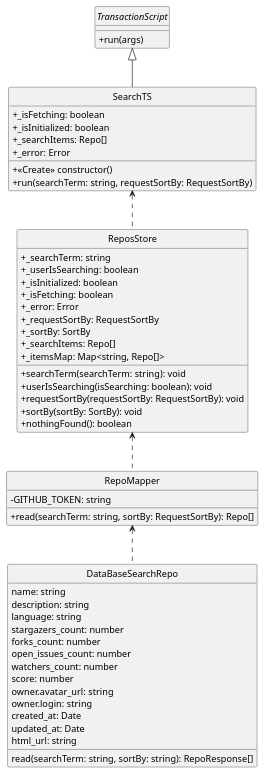
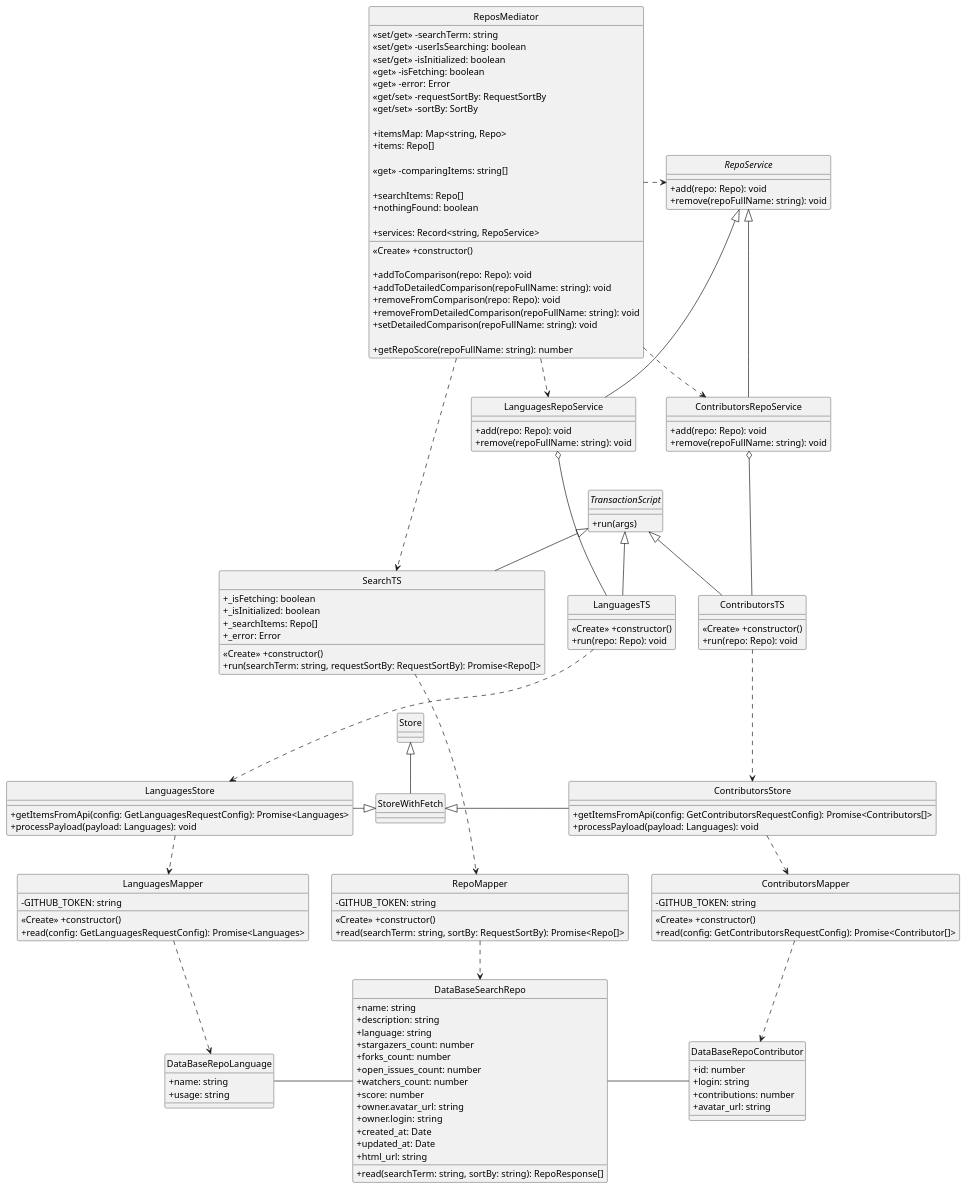
Before and after one commit to RepoAnalyzer/repolier-frontend: the diagram in docs/Classes_diagram.puml, drawn with PlantUML. The commit also changed 1 other file, not shown here.

Commit message:
docs: added stores and services to classes diagram

```diff
--- a/docs/Classes_diagram.puml
+++ b/docs/Classes_diagram.puml
@@ -1,83 +1,186 @@
 @startuml
     ' Don't show icons near class names.
     hide circle
     ' Show attribute visibility as text (+, ~, #, -), not as icons.
     skinparam classAttributeIconSize 0
 
+    class ReposMediator {
+        <<set/get>> -searchTerm: string
+        <<set/get>> -userIsSearching: boolean
+        <<set/get>> -isInitialized: boolean
+        <<get>> -isFetching: boolean
+        <<get>> -error: Error
+        <<get/set>> -requestSortBy: RequestSortBy
+        <<get/set>> -sortBy: SortBy
+
+        +itemsMap: Map<string, Repo>
+        +items: Repo[]
+
+        <<get>> -comparingItems: string[]
+
+        ' searchTS
+        +searchItems: Repo[]
+        +nothingFound: boolean
+
+        +services: Record<string, RepoService>
+        <<Create>> +constructor()
+
+        +addToComparison(repo: Repo): void
+        +addToDetailedComparison(repoFullName: string): void
+        +removeFromComparison(repo: Repo): void
+        +removeFromDetailedComparison(repoFullName: string): void
+        +setDetailedComparison(repoFullName: string): void
+
+        +getRepoScore(repoFullName: string): number
+    }
+
+    ' ReposMediator ..> RepoMapper
+
+
     interface TransactionScript {
         +run(args)
     }
+
+    interface RepoService {
+        +add(repo: Repo): void
+        +remove(repoFullName: string): void
+    }
+    ReposMediator .> RepoService
 
     ' class SetSearchParamTS {
     '     +defaultSearchParam: string
 
     '     +<<Create>> constructor(defaultSearchParam)
     '     +run(searchParam)
     ' }
     ' TransactionScript <|-- SetSearchParamTS
 
     ' class SetSearchResultsParamTS {
     '     +defaultSearchResultsParam: string
 
     '     +<<Create>> constructor(defaultSearchResultsParam)
     '     +run(searchResultsParam)
     ' }
     ' TransactionScript <|-- SetSearchResultsParamTS
 
+    class LanguagesRepoService {
+        +add(repo: Repo): void
+        +remove(repoFullName: string): void
+    }
+
+    RepoService <|-- LanguagesRepoService
+    ReposMediator ..> LanguagesRepoService
+
     class SearchTS {
         +_isFetching: boolean
         +_isInitialized: boolean
         +_searchItems: Repo[]
         +_error: Error
 
-        +<<Create>> constructor()
-        +run(searchTerm: string, requestSortBy: RequestSortBy)
+        <<Create>> +constructor()
+        +run(searchTerm: string, requestSortBy: RequestSortBy): Promise<Repo[]>
     }
+    ReposMediator ....> SearchTS
     TransactionScript <|-- SearchTS
 
-    class ReposStore {
-        +_searchTerm: string
-        +_userIsSearching: boolean
-        +_isInitialized: boolean
-        +_isFetching: boolean
-        +_error: Error
-        +_requestSortBy: RequestSortBy
-        +_sortBy: SortBy
-        +_searchItems: Repo[]
-        +_itemsMap: Map<string, Repo[]>
+    class LanguagesTS {
+        <<Create>> +constructor()
+        +run(repo: Repo): void
+    }
+    TransactionScript <|-- LanguagesTS
+    LanguagesRepoService o--- LanguagesTS
 
-        +searchTerm(searchTerm: string): void
-        +userIsSearching(isSearching: boolean): void
-        +requestSortBy(requestSortBy: RequestSortBy): void
-        +sortBy(sortBy: SortBy): void
-        +nothingFound(): boolean
+    class ContributorsRepoService {
+        +add(repo: Repo): void
+        +remove(repoFullName: string): void
+    }
+    ReposMediator ..> ContributorsRepoService
+    RepoService <|-- ContributorsRepoService
+
+    class ContributorsTS {
+        <<Create>> +constructor()
+        +run(repo: Repo): void
+    }
+    TransactionScript <|-- ContributorsTS
+    ContributorsRepoService o--- ContributorsTS
+
+    class LanguagesStore {
+        +getItemsFromApi(config: GetLanguagesRequestConfig): Promise<Languages>
+        +processPayload(payload: Languages): void
+    }
+    Store <|-- StoreWithFetch
+    StoreWithFetch <|- LanguagesStore
+    StoreWithFetch <|- ContributorsStore
+
+    LanguagesTS ...> LanguagesStore
+
+
+    class ContributorsStore {
+        +getItemsFromApi(config: GetContributorsRequestConfig): Promise<Contributors[]>
+        +processPayload(payload: Languages): void
     }
 
+    ContributorsTS ...> ContributorsStore
+
+
+    LanguagesStore ..> LanguagesMapper
+    class LanguagesMapper {
+        -GITHUB_TOKEN: string
+
+        <<Create>> +constructor()
+        +read(config: GetLanguagesRequestConfig): Promise<Languages>
+    }
+
+    SearchTS ...> RepoMapper
     class RepoMapper {
         -GITHUB_TOKEN: string
 
-        +read(searchTerm: string, sortBy: RequestSortBy): Repo[]
+        <<Create>> +constructor()
+        +read(searchTerm: string, sortBy: RequestSortBy): Promise<Repo[]>
+    }
+    RepoMapper ..> DataBaseSearchRepo
+
+    ContributorsStore ..> ContributorsMapper
+    class ContributorsMapper {
+        -GITHUB_TOKEN: string
+
+        <<Create>> +constructor()
+        +read(config: GetContributorsRequestConfig): Promise<Contributor[]>
+    }
+    ContributorsMapper ..> DataBaseRepoContributor
+
+    class DataBaseRepoContributor {
+        +id: number
+        +login: string
+        +contributions: number
+        +avatar_url: string
+    }
+    DataBaseRepoContributor -left- DataBaseSearchRepo
+
+    class DataBaseSearchRepo {
+        +name: string
+        +description: string
+        +language: string
+        +stargazers_count: number
+        +forks_count: number
+        +open_issues_count: number
+        +watchers_count: number
+        +score: number
+        +owner.avatar_url: string
+        +owner.login: string
+        +created_at: Date
+        +updated_at: Date
+        +html_url: string
+
+        +read(searchTerm: string, sortBy: string): RepoResponse[]
     }
 
-    class DataBaseSearchRepo {
-        name: string
-        description: string
-        language: string
-        stargazers_count: number
-        forks_count: number
-        open_issues_count: number
-        watchers_count: number
-        score: number
-        owner.avatar_url: string
-        owner.login: string
-        created_at: Date
-        updated_at: Date
-        html_url: string
+    LanguagesMapper ..> DataBaseRepoLanguage
+    DataBaseRepoLanguage - DataBaseSearchRepo
 
-        read(searchTerm: string, sortBy: string): RepoResponse[]
+    class DataBaseRepoLanguage {
+        +name: string
+        +usage: string
     }
-    SearchTS <.. ReposStore
-    ReposStore <.. RepoMapper
-    RepoMapper <.. DataBaseSearchRepo
 
 @enduml
```
